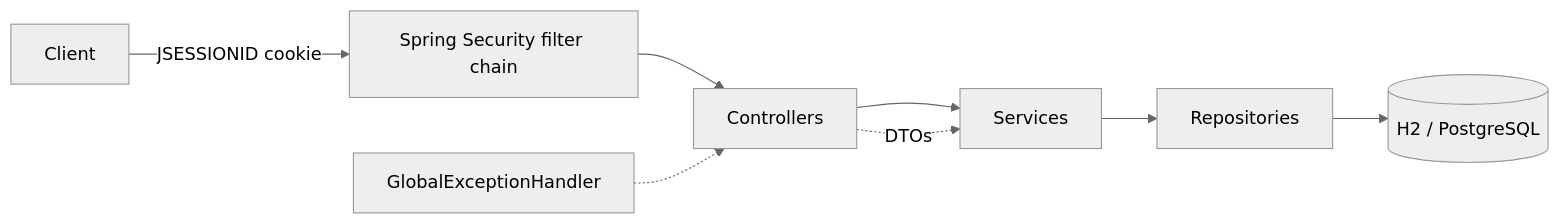
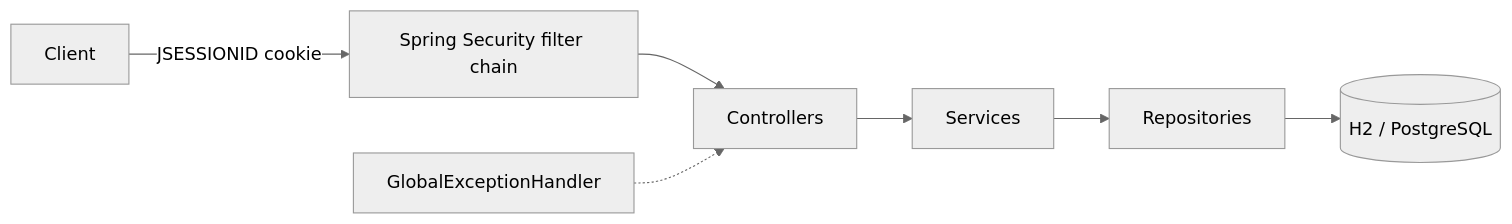
The diagram in README.md (subhamjha1/personal-finance-manager), drawn with Mermaid (neutral theme) before and after one commit. The commit also changed other lines of this file, not shown here.

````diff
--- a/README.md
+++ b/README.md
@@ -17,7 +42,6 @@
 ```mermaid
 flowchart LR
   Client -->|JSESSIONID cookie| Sec[Spring Security filter chain]
   Sec --> C[Controllers] --> S[Services] --> R[Repositories] --> DB[(H2 / PostgreSQL)]
-  C -. DTOs .-> S
   EH[GlobalExceptionHandler] -.-> C
 ```
````
